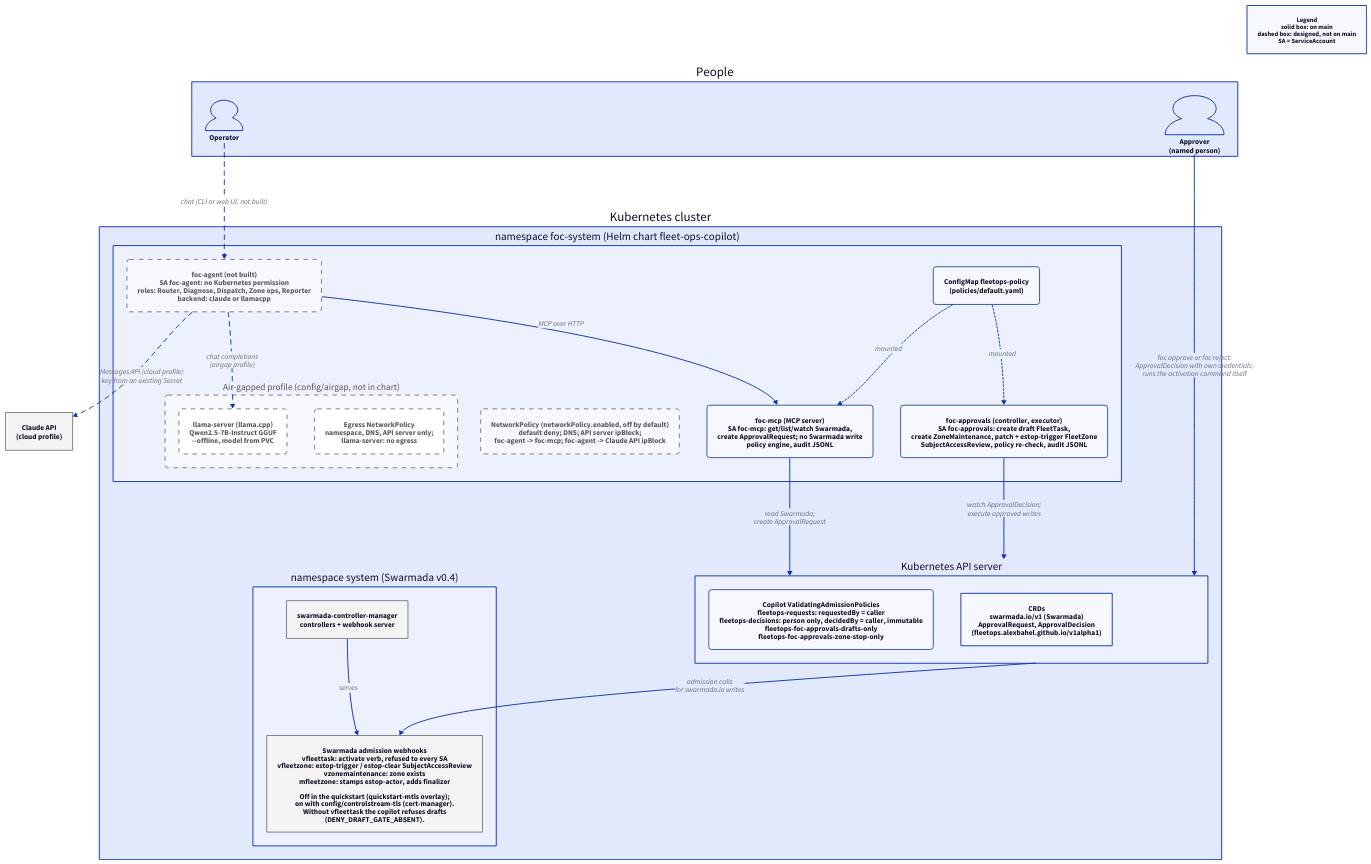
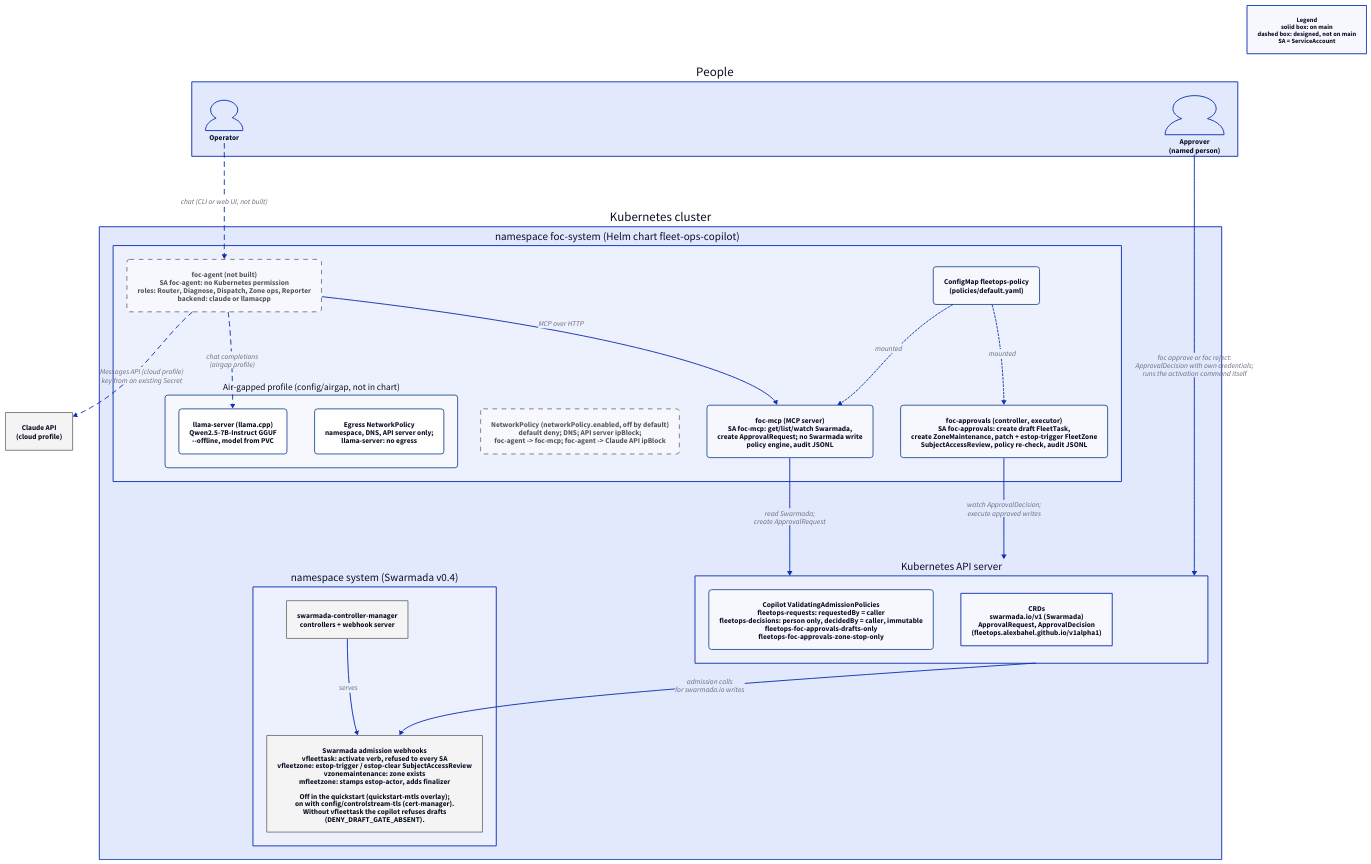
One commit to AlexBahel/fleet-ops-copilot changed the diagram in docs/architecture/components.d2. Above: the diagram before and after it, drawn with D2. The commit also changed 3 other files, not shown here.

```diff
--- a/docs/architecture/components.d2
+++ b/docs/architecture/components.d2
@@ -1,65 +1,65 @@
 # Fleet Ops Copilot: processes, ServiceAccounts, model profiles, Swarmada webhooks.
 # Source for components.svg; render with `d2 --layout elk components.d2 components.svg`
 # (see README.md in this directory). Solid boxes are on main; dashed boxes are
 # designed (docs/DESIGN.md) but not on main.
 
 direction: down
 
 classes: {
   built: {style: {stroke: "#2b5797"; stroke-width: 2; border-radius: 6}}
   planned: {style: {stroke: "#7a7a7a"; stroke-dash: 5; border-radius: 6; font-color: "#555555"}}
   person: {shape: person}
   external: {style: {stroke: "#7a7a7a"; fill: "#f4f4f4"}}
 }
 
 legend: "Legend\nsolid box: on main\ndashed box: designed, not on main\nSA = ServiceAccount" {
   near: top-right
   style: {font-size: 14}
 }
 
 people: People {
   operator: Operator {class: person}
   approver: "Approver\n(named person)" {class: person}
 }
 
 claude_api: "Claude API\n(cloud profile)" {class: external}
 
 cluster: Kubernetes cluster {
   foc: "namespace foc-system (Helm chart fleet-ops-copilot)" {
     agent: "foc-agent (not built)\nSA foc-agent: no Kubernetes permission\nroles: Router, Diagnose, Dispatch, Zone ops, Reporter\nbackend: claude or llamacpp" {class: planned}
     mcp: "foc-mcp (MCP server)\nSA foc-mcp: get/list/watch Swarmada,\ncreate ApprovalRequest; no Swarmada write\npolicy engine, audit JSONL" {class: built}
     approvals: "foc-approvals (controller, executor)\nSA foc-approvals: create draft FleetTask,\ncreate ZoneMaintenance, patch + estop-trigger FleetZone\nSubjectAccessReview, policy re-check, audit JSONL" {class: built}
     policy: "ConfigMap fleetops-policy\n(policies/default.yaml)" {class: built}
     netpol: "NetworkPolicy (networkPolicy.enabled, off by default)\ndefault deny; DNS; API server ipBlock;\nfoc-agent -> foc-mcp; foc-agent -> Claude API ipBlock" {class: planned}
 
     airgap: "Air-gapped profile (config/airgap, not in chart)" {
-      class: planned
-      llama: "llama-server (llama.cpp)\nQwen2.5-7B-Instruct GGUF\n--offline, model from PVC" {class: planned}
-      egress: "Egress NetworkPolicy\nnamespace, DNS, API server only;\nllama-server: no egress" {class: planned}
+      class: built
+      llama: "llama-server (llama.cpp)\nQwen2.5-7B-Instruct GGUF\n--offline, model from PVC" {class: built}
+      egress: "Egress NetworkPolicy\nnamespace, DNS, API server only;\nllama-server: no egress" {class: built}
     }
 
     agent -> mcp: "MCP over HTTP"
     agent -> airgap.llama: "chat completions\n(airgap profile)" {style.stroke-dash: 5}
     policy -> mcp: mounted {style.stroke-dash: 2}
     policy -> approvals: mounted {style.stroke-dash: 2}
   }
 
   apiserver: "Kubernetes API server" {
     vap: "Copilot ValidatingAdmissionPolicies\nfleetops-requests: requestedBy = caller\nfleetops-decisions: person only, decidedBy = caller, immutable\nfleetops-foc-approvals-drafts-only\nfleetops-foc-approvals-zone-stop-only" {class: built}
     crds: "CRDs\nswarmada.io/v1 (Swarmada)\nApprovalRequest, ApprovalDecision\n(fleetops.alexbahel.github.io/v1alpha1)"
   }
 
   swarmada: "namespace system (Swarmada v0.4)" {
     manager: "swarmada-controller-manager\ncontrollers + webhook server" {class: external}
     webhooks: "Swarmada admission webhooks\nvfleettask: activate verb, refused to every SA\nvfleetzone: estop-trigger / estop-clear SubjectAccessReview\nvzonemaintenance: zone exists\nmfleetzone: stamps estop-actor, adds finalizer\n\nOff in the quickstart (quickstart-mtls overlay);\non with config/controlstream-tls (cert-manager).\nWithout vfleettask the copilot refuses drafts\n(DENY_DRAFT_GATE_ABSENT)." {class: external}
     manager -> webhooks: serves
   }
 
   foc.mcp -> apiserver: "read Swarmada;\ncreate ApprovalRequest"
   foc.approvals -> apiserver: "watch ApprovalDecision;\nexecute approved writes"
   apiserver -> swarmada.webhooks: "admission calls\nfor swarmada.io writes"
 }
 
 people.operator -> cluster.foc.agent: "chat (CLI or web UI, not built)" {style.stroke-dash: 5}
 cluster.foc.agent -> claude_api: "Messages API (cloud profile)\nkey from an existing Secret" {style.stroke-dash: 5}
 people.approver -> cluster.apiserver: "foc approve or foc reject:\nApprovalDecision with own credentials;\nruns the activation command itself"
```
